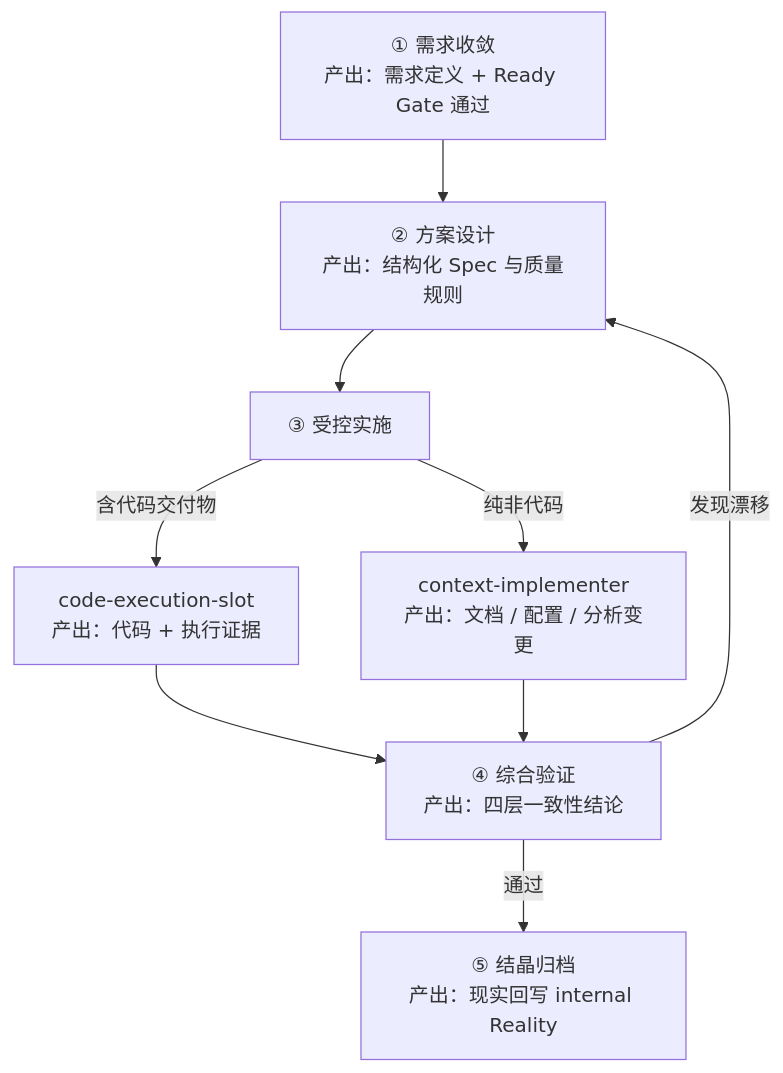
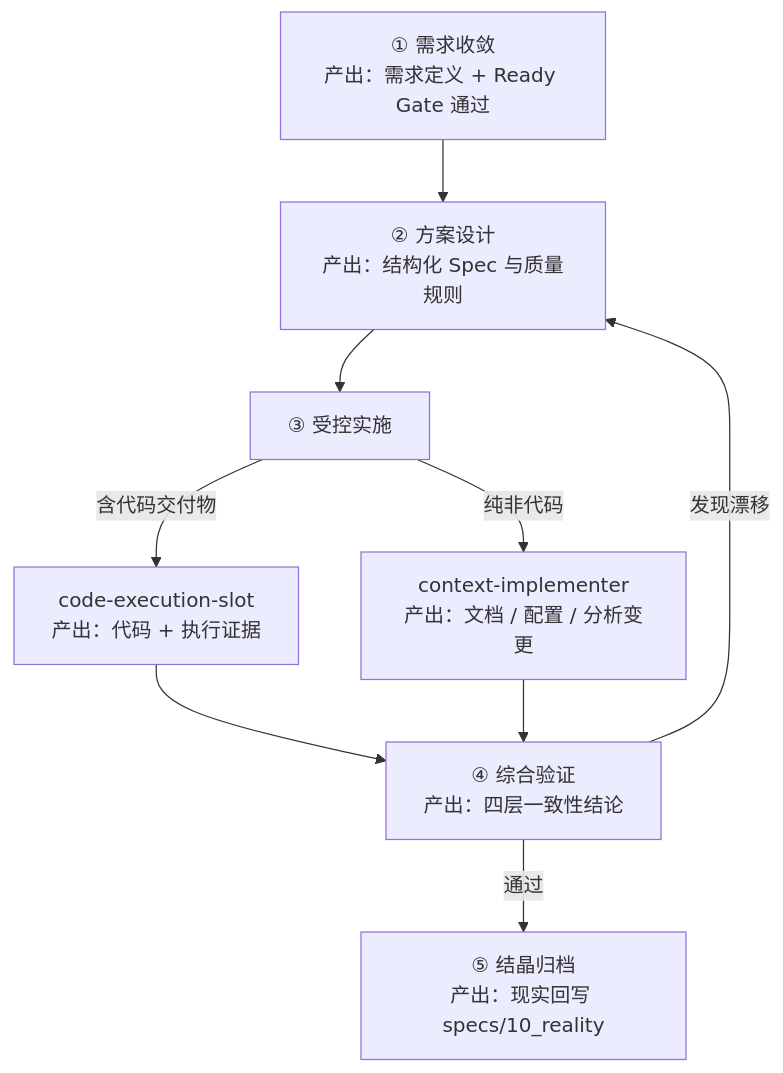
Before and after one commit to Idea-Maglev/maglev: the first of 3 diagrams in docs/wiki/evaluator/lifecycle-and-governance.md, drawn with Mermaid. The commit also changed other lines of this file and 94 other files, not shown here.

````diff
--- a/docs/wiki/evaluator/lifecycle-and-governance.md
+++ b/docs/wiki/evaluator/lifecycle-and-governance.md
@@ -20,11 +20,11 @@
 ```mermaid
 flowchart TD
     A["① 需求收敛<br/>产出：需求定义 + Ready Gate 通过"] --> B["② 方案设计<br/>产出：结构化 Spec 与质量规则"]
     B --> C["③ 受控实施"]
     C -->|"含代码交付物"| C1["code-execution-slot<br/>产出：代码 + 执行证据"]
     C -->|"纯非代码"| C2["context-implementer<br/>产出：文档 / 配置 / 分析变更"]
     C1 --> D["④ 综合验证<br/>产出：四层一致性结论"]
     C2 --> D
-    D -->|"通过"| E["⑤ 结晶归档<br/>产出：现实回写 internal Reality"]
+    D -->|"通过"| E["⑤ 结晶归档<br/>产出：现实回写 specs/10_reality"]
     D -->|"发现漂移"| B
 ```
````
